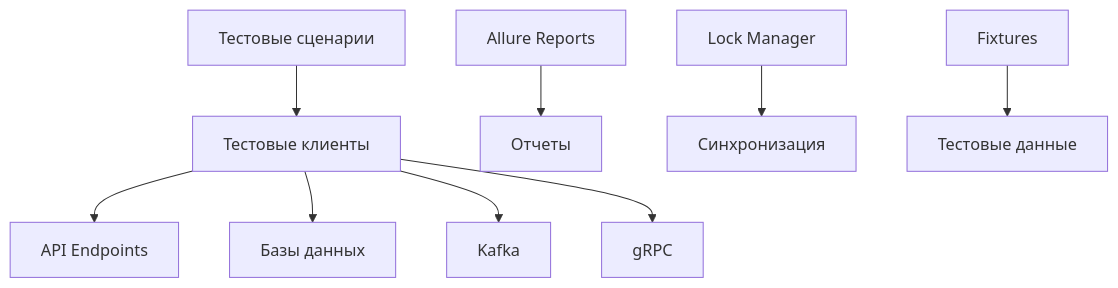
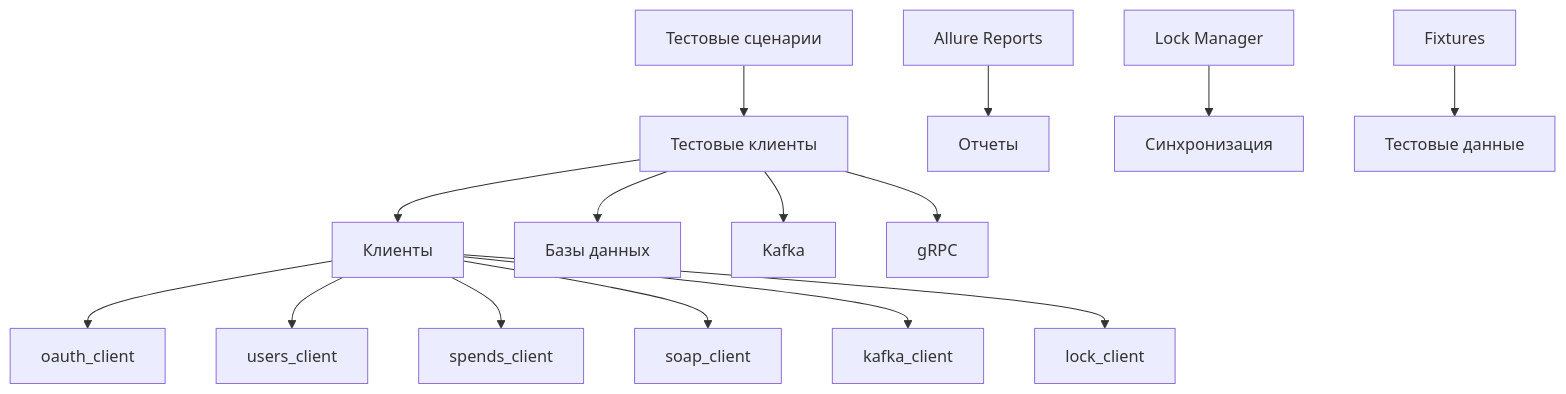
Before and after one commit to illusionx11/niffler-py-st3: the diagram in niffler-python-tests/README.md, drawn with Mermaid. The commit also changed other lines of this file, not shown here.

````diff
--- a/niffler-python-tests/README.md
+++ b/niffler-python-tests/README.md
@@ -65,12 +65,19 @@
 ```mermaid
 graph TB
     A[Тестовые сценарии] --> B[Тестовые клиенты]
-    B --> C[API Endpoints]
+    B --> C[Клиенты]
     B --> D[Базы данных]
     B --> E[Kafka]
     B --> F[gRPC]
     
     G[Allure Reports] --> H[Отчеты]
     I[Lock Manager] --> J[Синхронизация]
     K[Fixtures] --> L[Тестовые данные]
+    
+    C --> C1[oauth_client]
+    C --> C2[users_client]
+    C --> C3[spends_client]
+    C --> C4[soap_client]
+    C --> C5[kafka_client]
+    C --> C6[lock_client]
 ```
````
